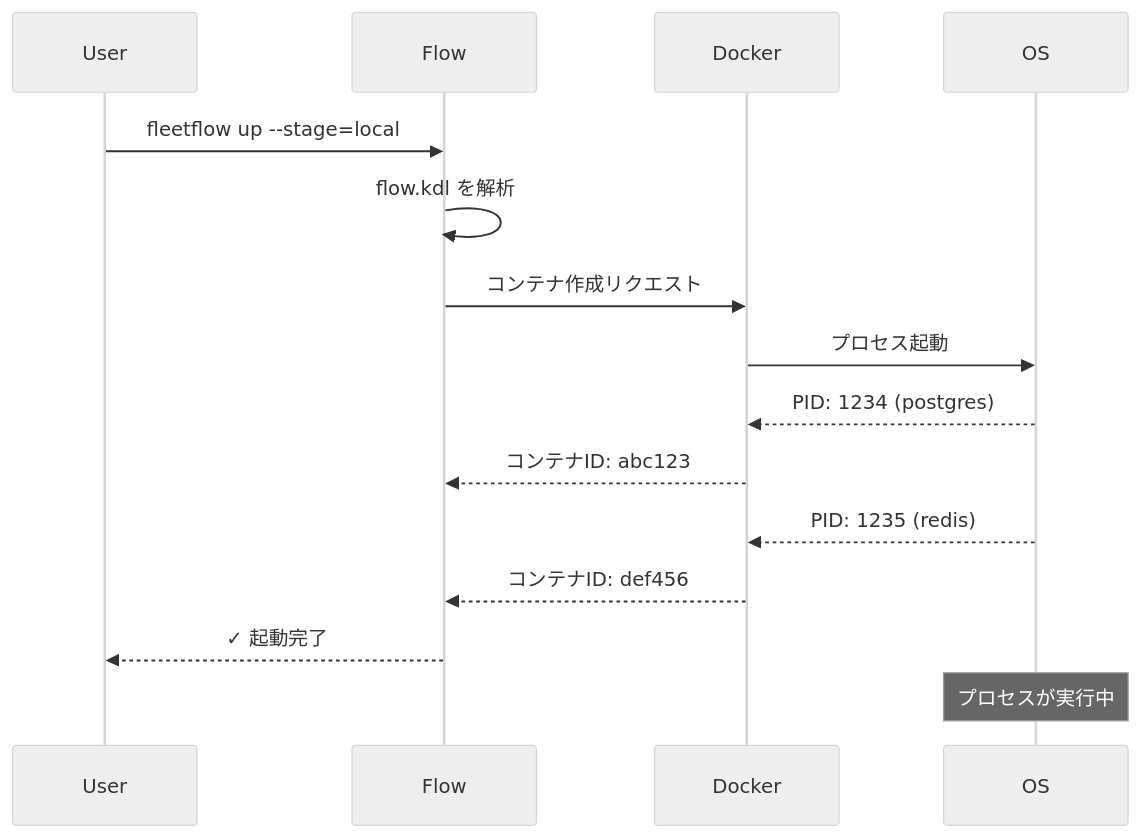
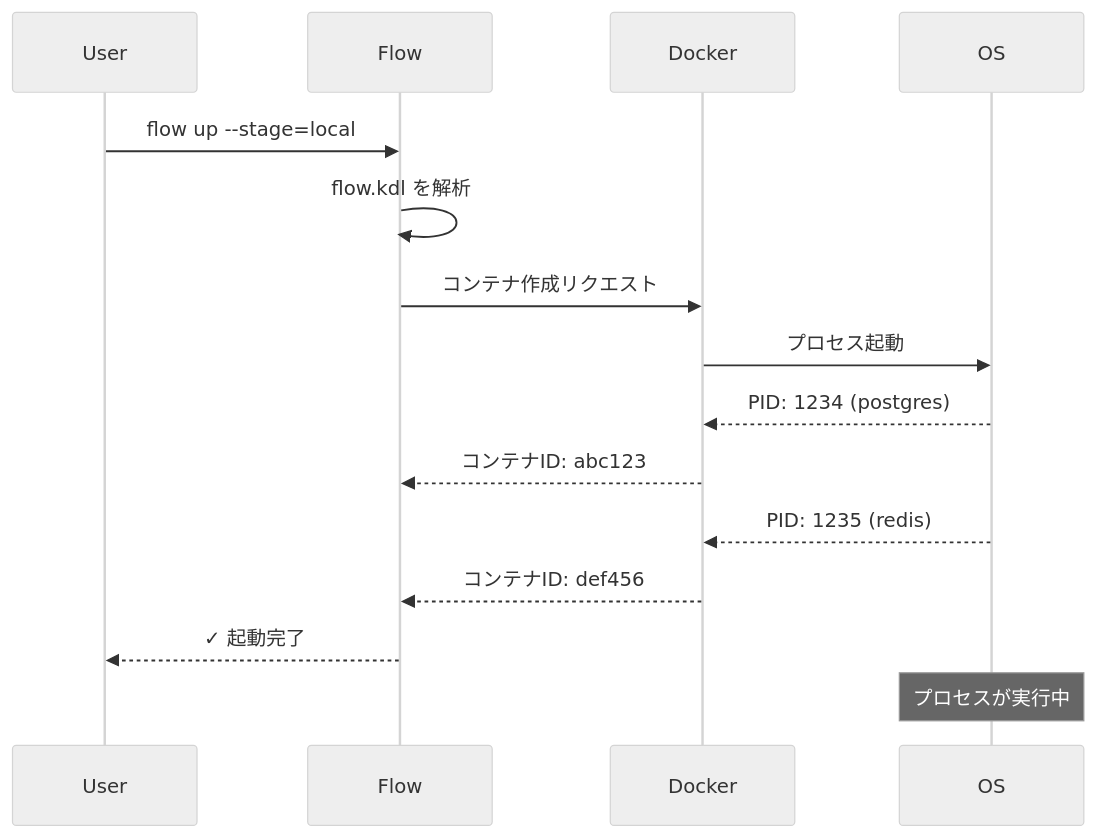
Before and after one commit to chronista-club/fleetflow: the second of 4 diagrams in spec/01-core-concepts.md, drawn with Mermaid (neutral theme). The commit also changed other lines of this file and 34 other files, not shown here.

First line of the commit message:
docs: CLI名称を flow に統一

````diff
--- a/spec/01-core-concepts.md
+++ b/spec/01-core-concepts.md
@@ -27,19 +27,19 @@
 ```mermaid
 sequenceDiagram
     participant User
     participant Flow
     participant Docker
     participant OS
 
-    User->>Flow: fleetflow up --stage=local
+    User->>Flow: flow up --stage=local
     Flow->>Flow: flow.kdl を解析
     Flow->>Docker: コンテナ作成リクエスト
     Docker->>OS: プロセス起動
     OS-->>Docker: PID: 1234 (postgres)
     Docker-->>Flow: コンテナID: abc123
     OS-->>Docker: PID: 1235 (redis)
     Docker-->>Flow: コンテナID: def456
     Flow-->>User: ✓ 起動完了
 
     Note over OS: プロセスが実行中
 ```
````
